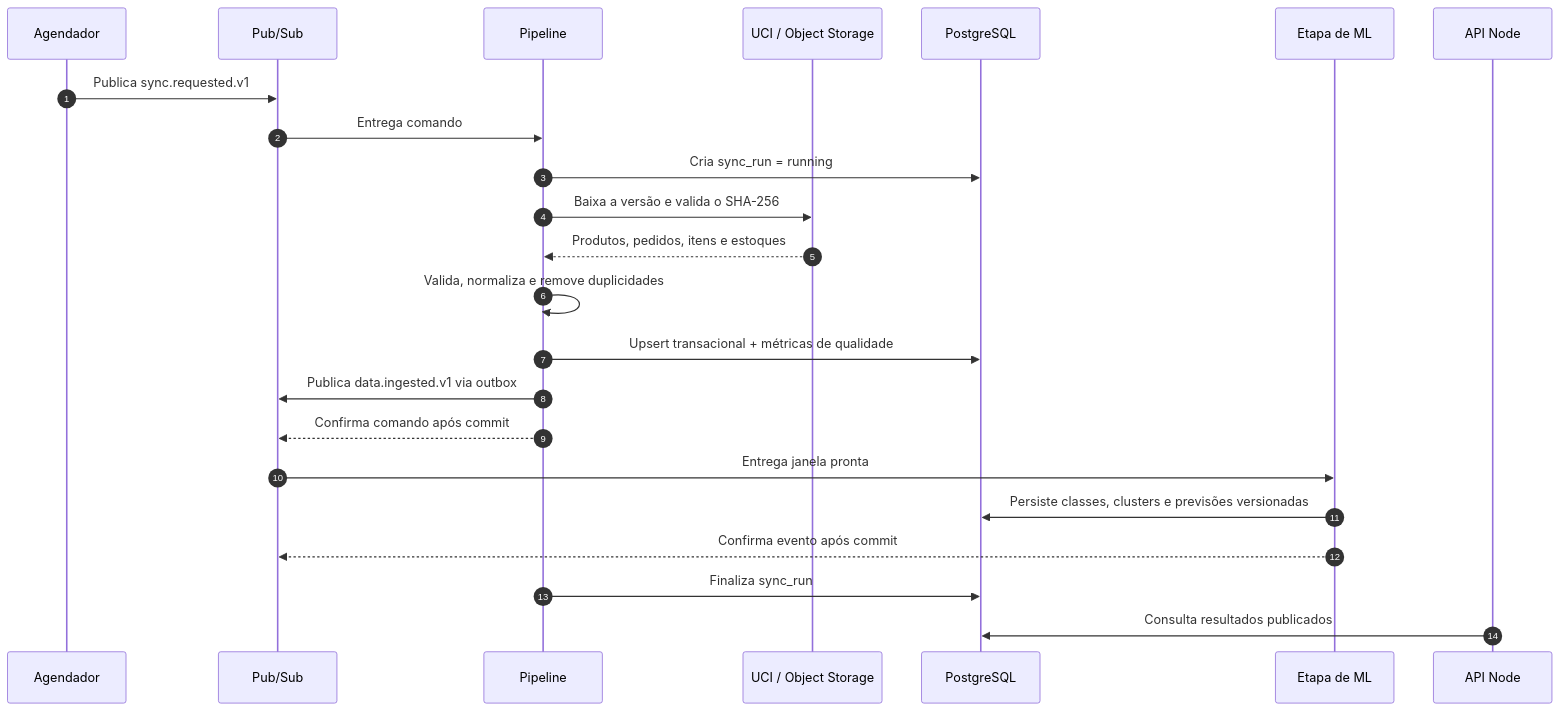
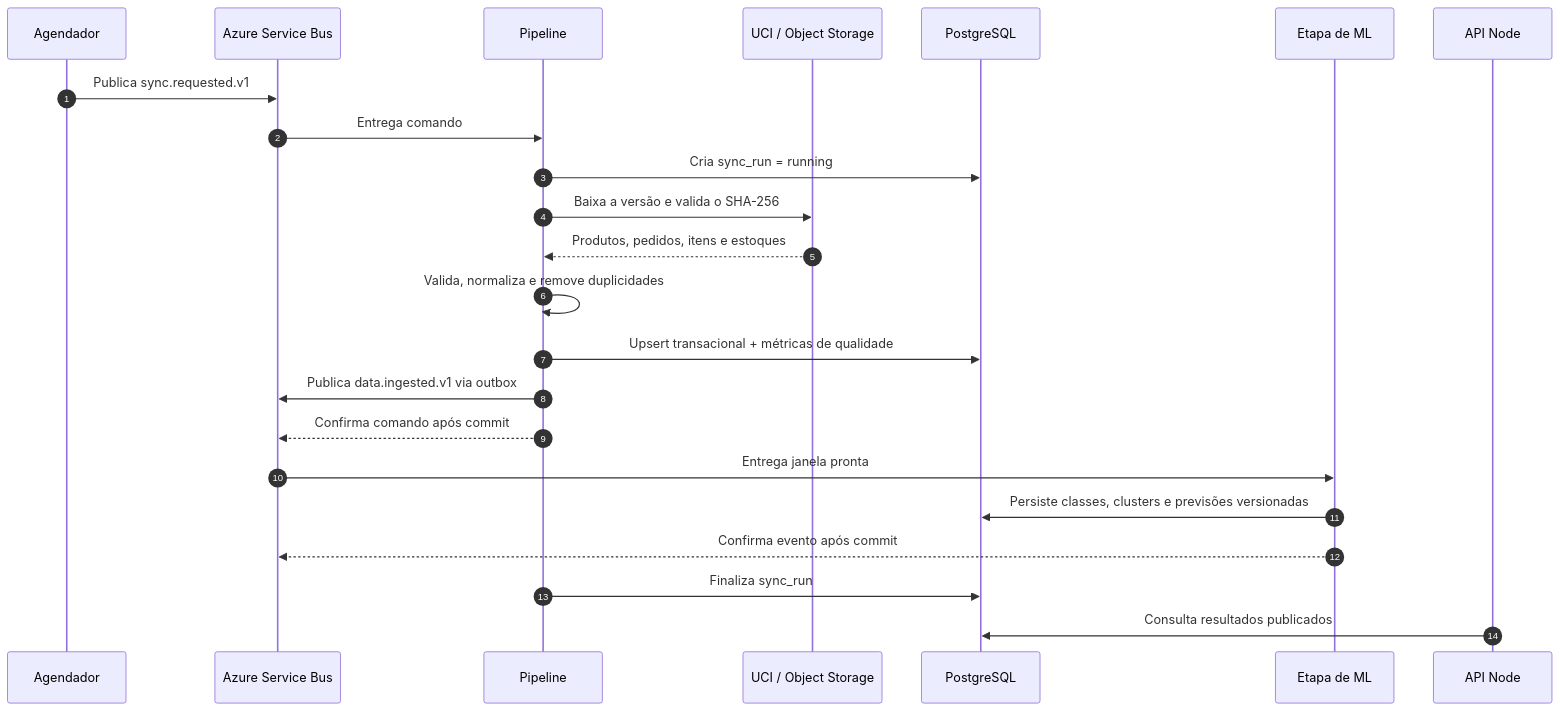
The third of 3 diagrams in docs/02-modelagem-e-arquitetura.md (FatecFranca/DSM-G05-PI6-2026-2), drawn with Mermaid before and after one commit. The commit also changed other lines of this file and 24 other files, not shown here.

````diff
--- a/docs/02-modelagem-e-arquitetura.md
+++ b/docs/02-modelagem-e-arquitetura.md
@@ -135,26 +135,26 @@
 ```mermaid
 sequenceDiagram
     autonumber
     participant S as Agendador
-    participant Q as Pub/Sub
+    participant Q as Azure Service Bus
     participant W as Pipeline
     participant B as UCI / Object Storage
     participant DB as PostgreSQL
     participant ML as Etapa de ML
     participant API as API Node
 
     S->>Q: Publica sync.requested.v1
     Q->>W: Entrega comando
     W->>DB: Cria sync_run = running
     W->>B: Baixa a versão e valida o SHA-256
     B-->>W: Produtos, pedidos, itens e estoques
     W->>W: Valida, normaliza e remove duplicidades
     W->>DB: Upsert transacional + métricas de qualidade
     W->>Q: Publica data.ingested.v1 via outbox
     W-->>Q: Confirma comando após commit
     Q->>ML: Entrega janela pronta
     ML->>DB: Persiste classes, clusters e previsões versionadas
     ML-->>Q: Confirma evento após commit
     W->>DB: Finaliza sync_run
     API->>DB: Consulta resultados publicados
 ```
````
